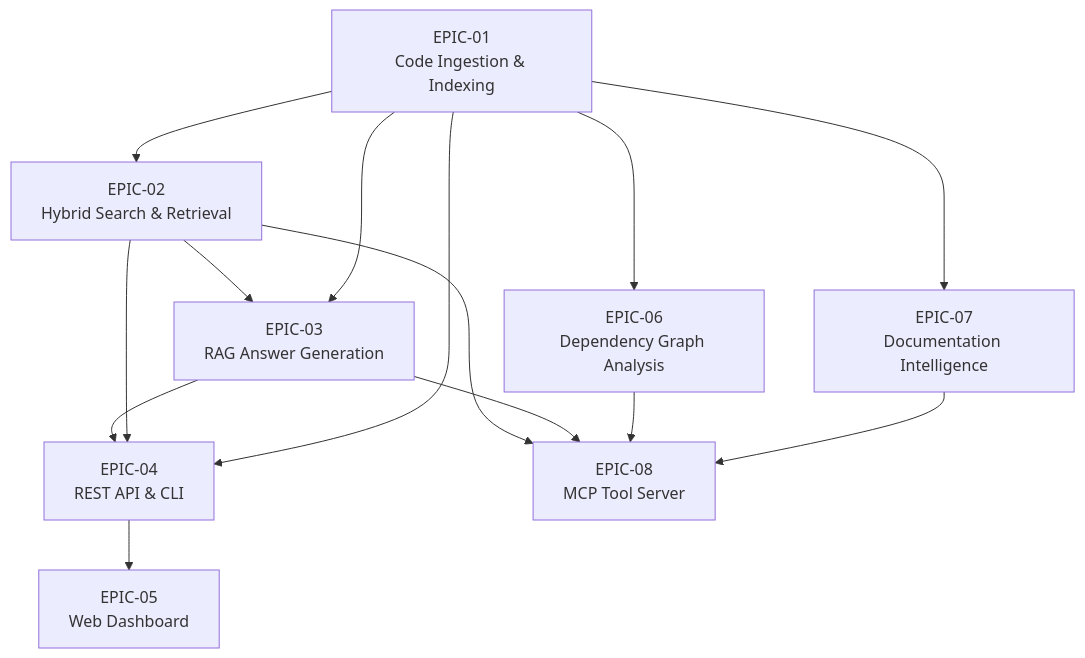
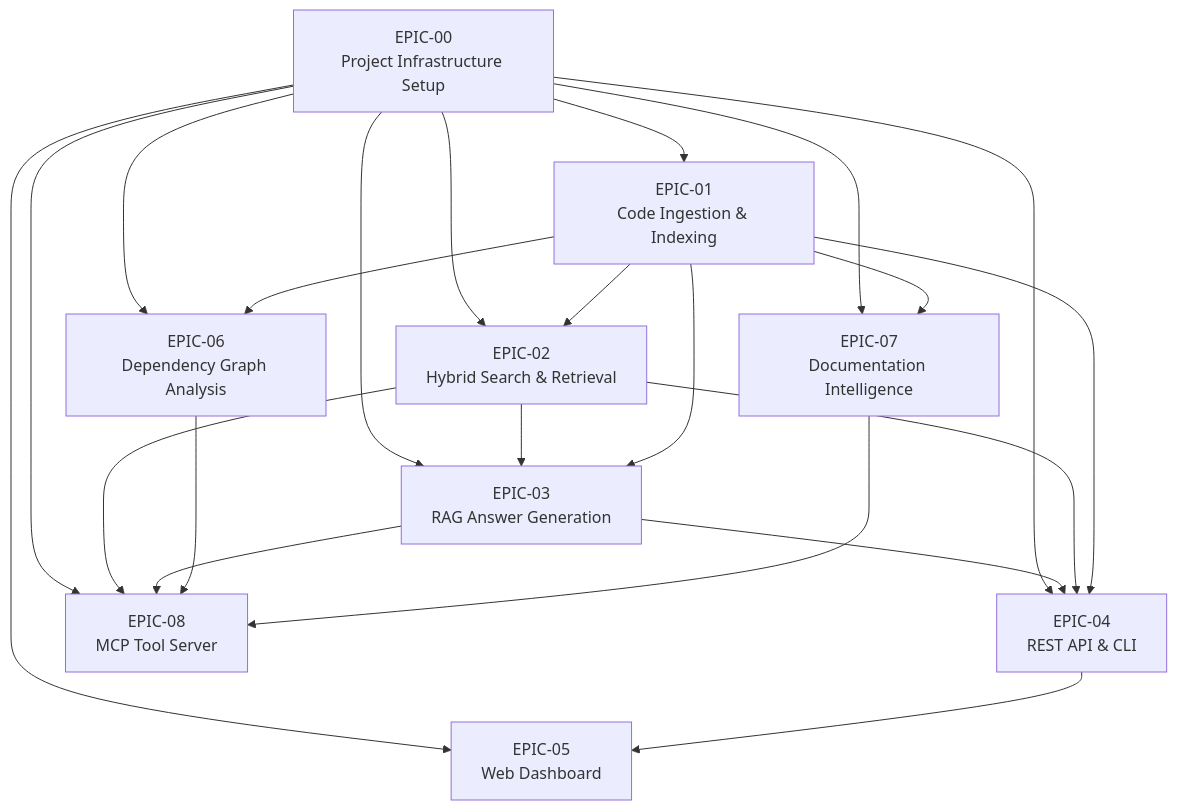
Before and after one commit to olexmal/MegaBrain: the diagram in features/epics/README.md, drawn with Mermaid. The commit also changed other lines of this file and 4 other files, not shown here.

First line of the commit message:
Add EPIC-00: Project Infrastructure Setup

````diff
--- a/features/epics/README.md
+++ b/features/epics/README.md
@@ -20,25 +21,34 @@
 ```mermaid
 flowchart TD
+    E00[EPIC-00<br>Project Infrastructure Setup]
     E01[EPIC-01<br>Code Ingestion & Indexing]
     E02[EPIC-02<br>Hybrid Search & Retrieval]
     E03[EPIC-03<br>RAG Answer Generation]
     E04[EPIC-04<br>REST API & CLI]
     E05[EPIC-05<br>Web Dashboard]
     E06[EPIC-06<br>Dependency Graph Analysis]
     E07[EPIC-07<br>Documentation Intelligence]
     E08[EPIC-08<br>MCP Tool Server]
     
+    E00 --> E01
+    E00 --> E02
+    E00 --> E03
+    E00 --> E04
+    E00 --> E05
+    E00 --> E06
+    E00 --> E07
+    E00 --> E08
     E01 --> E02
     E01 --> E06
     E01 --> E07
     E02 --> E03
     E01 --> E03
     E03 --> E04
     E02 --> E04
     E01 --> E04
     E04 --> E05
     E02 --> E08
     E03 --> E08
     E06 --> E08
     E07 --> E08
 ```
````
